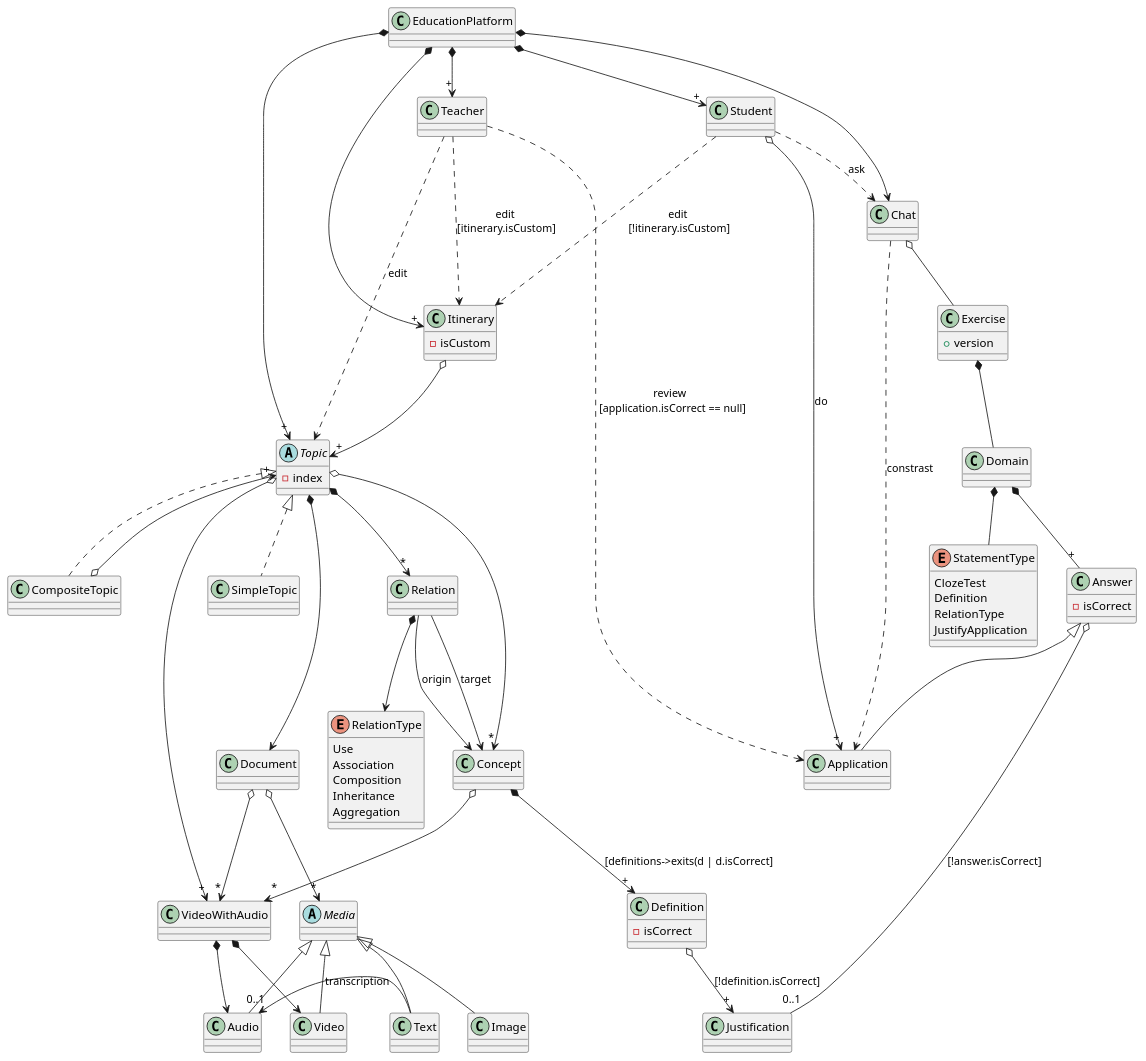
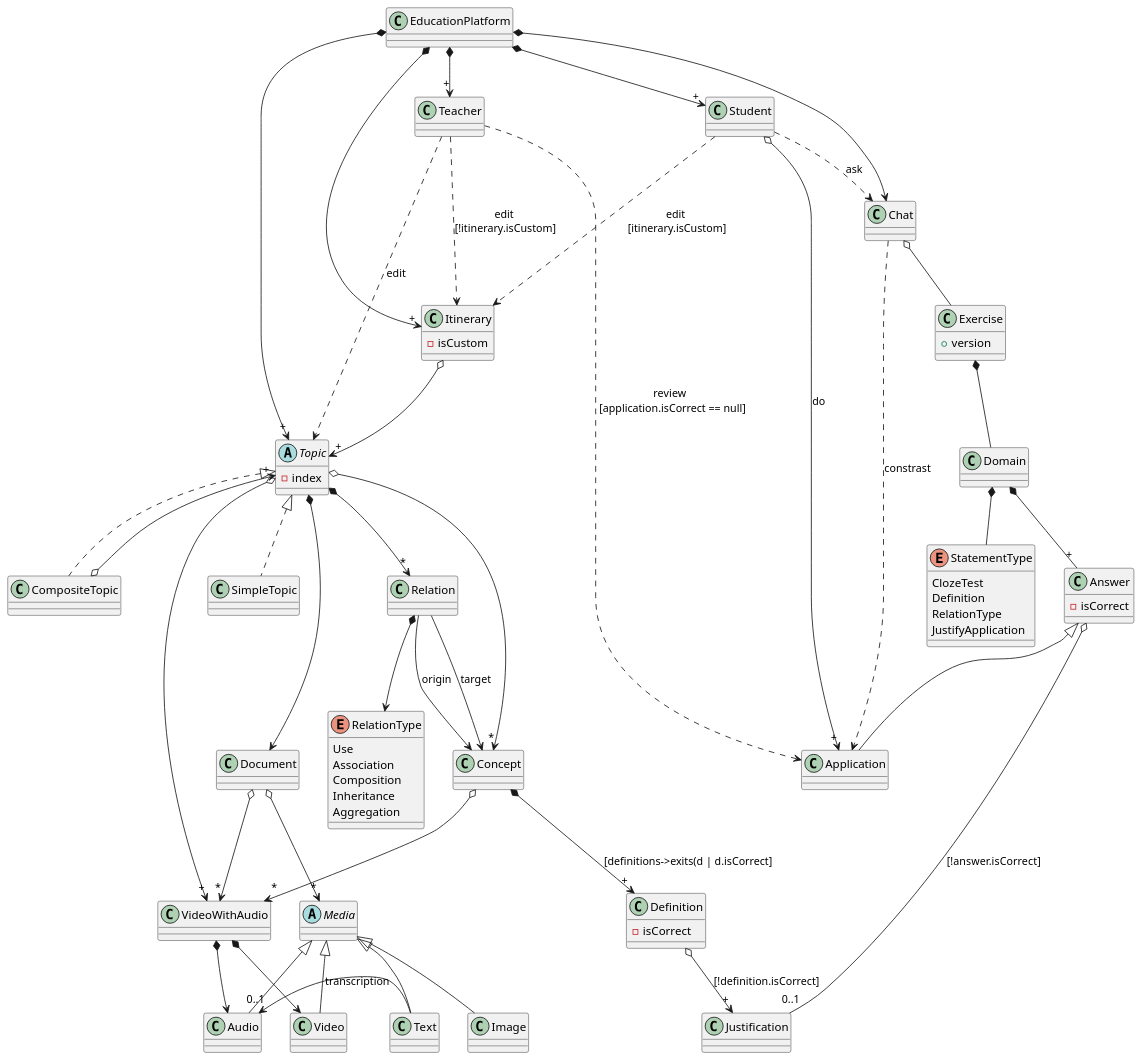
The diagram in Diagrams/EducationPlatform/DomainJuanpisPerspective.puml (jumpering/lab-turing), drawn with PlantUML before and after one commit.

```diff
--- a/Diagrams/EducationPlatform/DomainJuanpisPerspective.puml
+++ b/Diagrams/EducationPlatform/DomainJuanpisPerspective.puml
@@ -1,94 +1,93 @@
 @startuml
 
 class Itinerary {
     - isCustom
 }
 
 EducationPlatform *--> "+" Teacher
 EducationPlatform *--> "+" Student
 EducationPlatform *--> "+" Topic
 EducationPlatform *--> "+" Itinerary
 EducationPlatform *--> Chat
 
 Itinerary o--> "+" Topic
 
 class Exercise{
     + version
 }
 Exercise *-- Domain
 
 Domain *-- "+" Answer
 Domain *-- StatementType
 
 enum StatementType{
     ClozeTest
     Definition
     RelationType
     JustifyApplication
 }
 
 class Answer{
     - isCorrect
 }
 Answer o-- "0..1" Justification: [!answer.isCorrect]
 Answer <|-- Application
 
 Teacher ..> Application: review \n [application.isCorrect == null]
 Teacher ..> Topic: edit
+Teacher ...> Itinerary: edit \n[!itinerary.isCustom]
 
 Chat o-- Exercise
 Chat ..> Application: constrast
 
-Teacher ...> Itinerary: edit \n[itinerary.isCustom]
-
-Student ...> Itinerary: edit \n[!itinerary.isCustom]
+Student ...> Itinerary: edit \n[itinerary.isCustom]
 Student o--> "+" Application: do
 Student ..> Chat: ask
 
 abstract Topic{
     - index
 }
 Topic <|.. CompositeTopic
 Topic <|.. SimpleTopic
 Topic o--> "*" Concept
 Topic *--> Document
 Topic *--> "*" Relation
 Topic o--> "+" VideoWithAudio
 
 CompositeTopic o--> "+" Topic
 
 Concept *--> "+" Definition: [definitions->exits(d | d.isCorrect]
 Concept o--> "*" VideoWithAudio
 
 Relation --> Concept: origin
 Relation --> Concept: target
 Relation *--> RelationType
 
 enum RelationType {
     Use
     Association
     Composition
     Inheritance
     Aggregation
 } 
 
 class Definition {
     - isCorrect
 }
 Definition o-->"+" Justification: [!definition.isCorrect]
 
 Document o--> "*" VideoWithAudio
 Document o--> "*" Media
 
 VideoWithAudio *--> Audio
 VideoWithAudio *--> Video
 
 abstract Media {}
 Media <|-- Image
 Media <|-- Text
 Media <|-- Audio 
 Media <|-- Video
 
 Text -left-> "0..1" Audio: transcription
 
 @enduml
```
